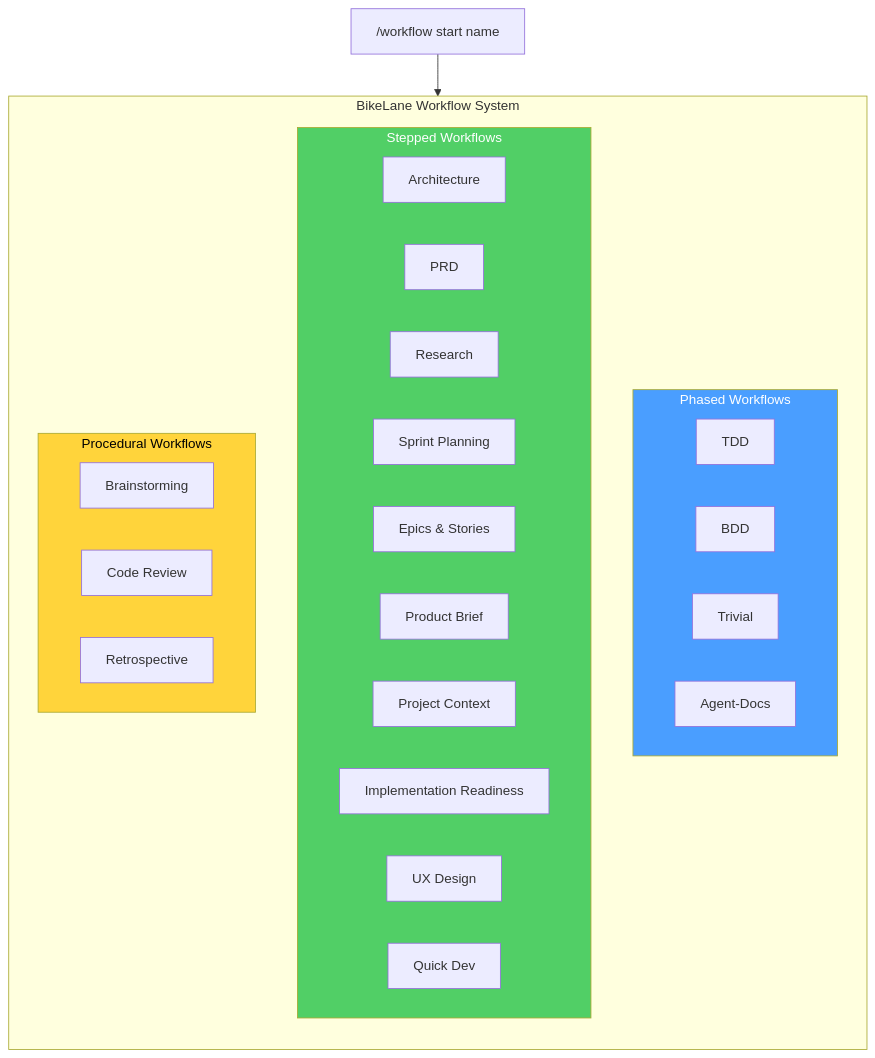
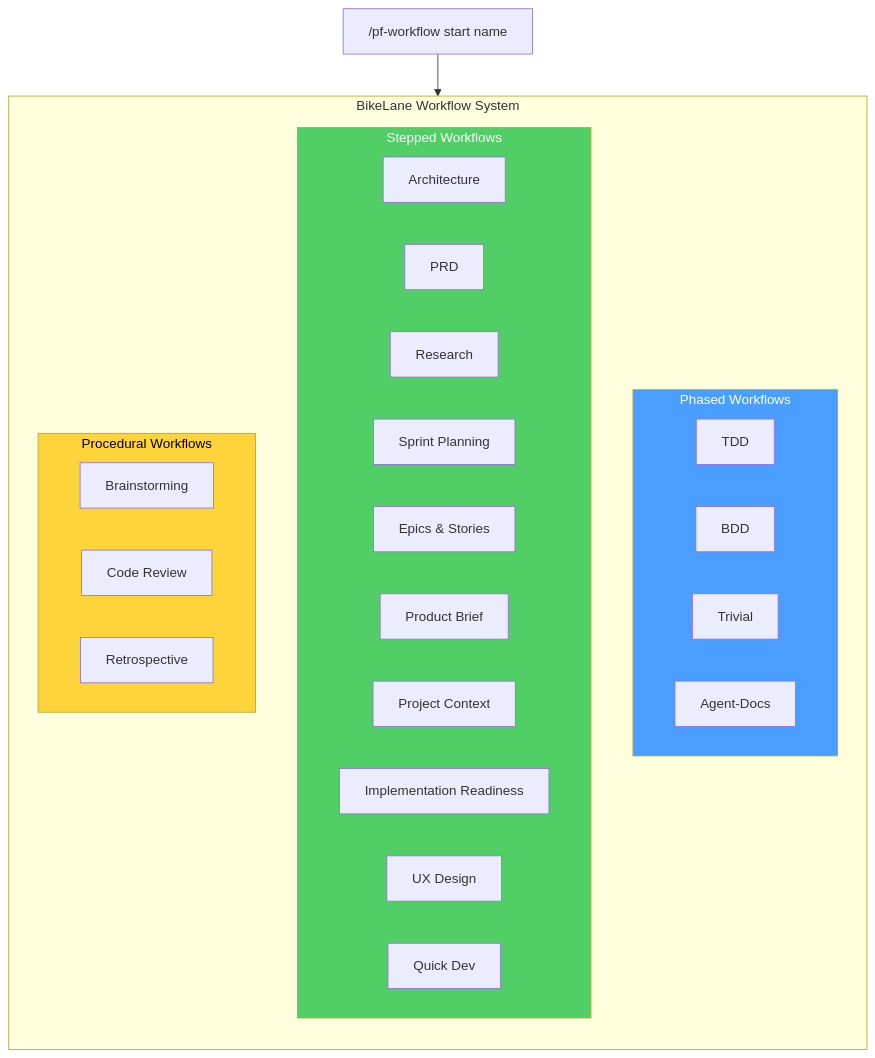
Before and after one commit to slabgorb/pennyfarthing: the first of 10 diagrams in docs/BIKELANE-DIAGRAMS.md, drawn with Mermaid. The commit also changed other lines of this file and 57 other files, not shown here.

````diff
--- a/docs/BIKELANE-DIAGRAMS.md
+++ b/docs/BIKELANE-DIAGRAMS.md
@@ -26,38 +26,38 @@
 ```mermaid
 flowchart TD
     subgraph BikeLane["BikeLane Workflow System"]
         direction TB
 
         subgraph Phased["Phased Workflows"]
             TDD["TDD"]
             BDD["BDD"]
             TRIV["Trivial"]
             ADOCS["Agent-Docs"]
         end
 
         subgraph Stepped["Stepped Workflows"]
             ARCH["Architecture"]
             PRD["PRD"]
             RES["Research"]
             SPRINT["Sprint Planning"]
             EPIC["Epics & Stories"]
             PBRIEF["Product Brief"]
             PCTX["Project Context"]
             IMPL["Implementation Readiness"]
             UXD["UX Design"]
             QDEV["Quick Dev"]
         end
 
         subgraph Procedural["Procedural Workflows"]
             BRAIN["Brainstorming"]
             CREV["Code Review"]
             RETRO["Retrospective"]
         end
     end
 
-    CMD["/workflow start name"] --> BikeLane
+    CMD["/pf-workflow start name"] --> BikeLane
 
     style Phased fill:#4a9eff,color:white
     style Stepped fill:#51cf66,color:white
     style Procedural fill:#ffd43b,color:black
 ```
````
